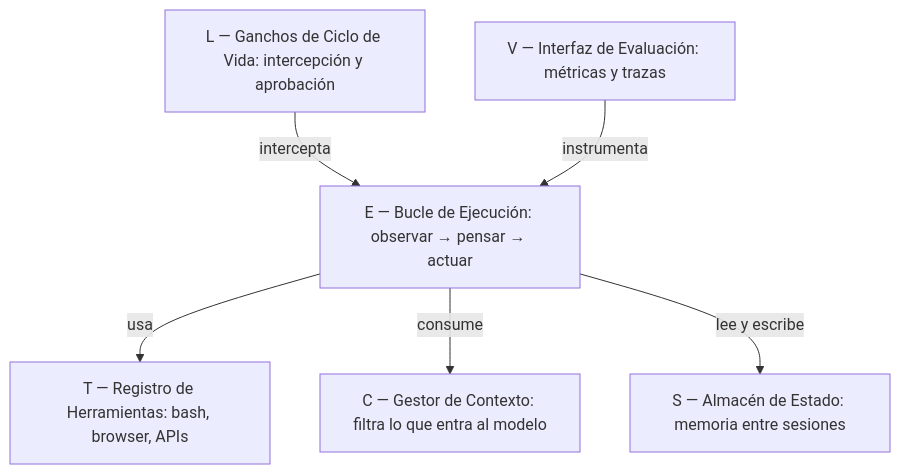
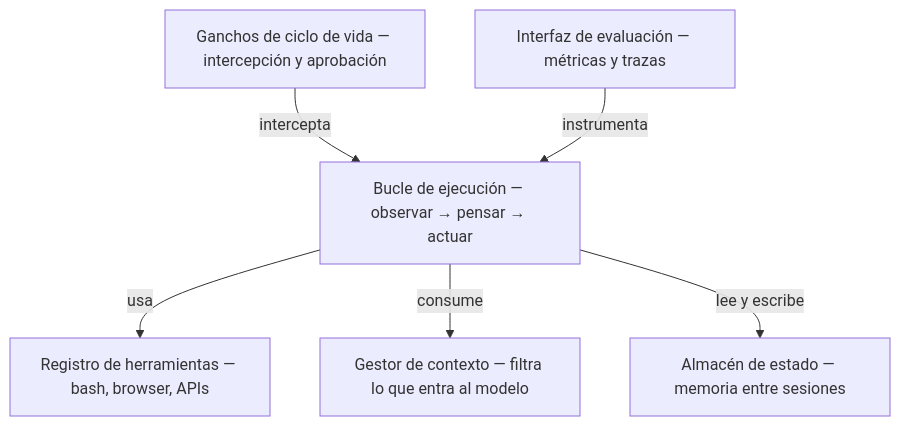
One commit to rcm-on/quarz-blog changed the first of 4 diagrams in content/04 Arquitectura IA/harness-engineering-agentes-ia.md. Above: the diagram before and after it, drawn with Mermaid. The commit also changed other lines of this file and 3 other files, not shown here.

````diff
--- a/content/04 Arquitectura IA/harness-engineering-agentes-ia.md
+++ b/content/04 Arquitectura IA/harness-engineering-agentes-ia.md
@@ -30,16 +31,15 @@
 ```mermaid
 graph TD
-    E["E — Bucle de Ejecución: observar → pensar → actuar"]
-    T["T — Registro de Herramientas: bash, browser, APIs"]
-    C["C — Gestor de Contexto: filtra lo que entra al modelo"]
-    S["S — Almacén de Estado: memoria entre sesiones"]
-    L["L — Ganchos de Ciclo de Vida: intercepción y aprobación"]
-    V["V — Interfaz de Evaluación: métricas y trazas"]
+    E["Bucle de ejecución — observar → pensar → actuar"]
+    T["Registro de herramientas — bash, browser, APIs"]
+    C["Gestor de contexto — filtra lo que entra al modelo"]
+    S["Almacén de estado — memoria entre sesiones"]
+    L["Ganchos de ciclo de vida — intercepción y aprobación"]
+    V["Interfaz de evaluación — métricas y trazas"]
 
     E -->|usa| T
     E -->|consume| C
     E -->|lee y escribe| S
     L -->|intercepta| E
     V -->|instrumenta| E
-
 ```
````
